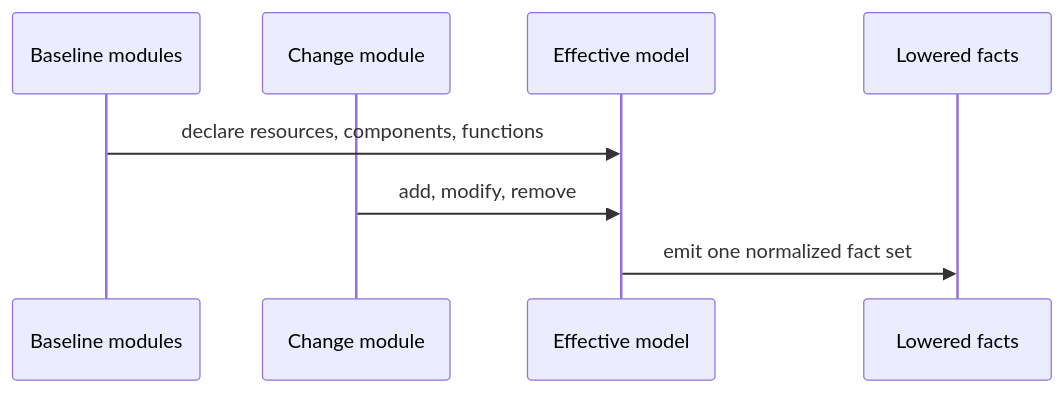
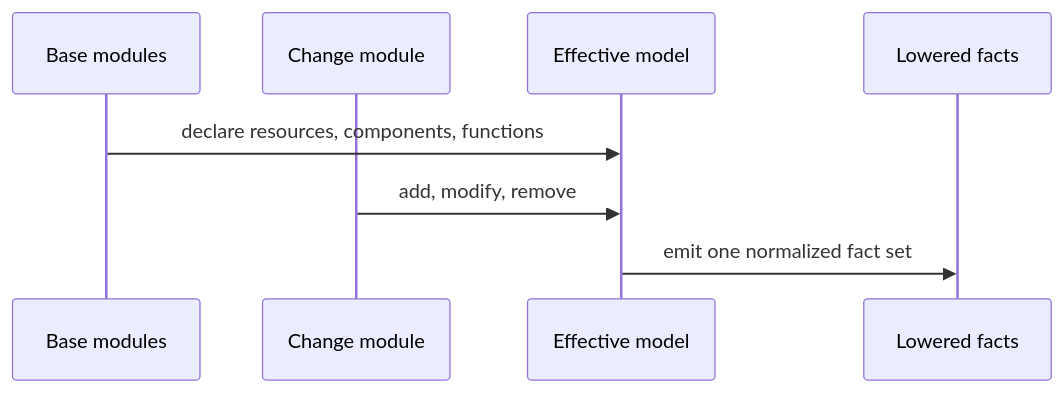
Before and after one commit to timbrinded/shapelang: the second of 3 diagrams in docs-site/src/content/docs/inside-shape/fact-lowering.md, drawn with Mermaid. The commit also changed other lines of this file and 26 other files, not shown here.

````diff
--- a/docs-site/src/content/docs/inside-shape/fact-lowering.md
+++ b/docs-site/src/content/docs/inside-shape/fact-lowering.md
@@ -90,10 +90,10 @@
 ```mermaid
 sequenceDiagram
-  participant Baseline as Baseline modules
+  participant Baseline as Base modules
   participant Change as Change module
   participant Model as Effective model
   participant Facts as Lowered facts
   Baseline->>Model: declare resources, components, functions
   Change->>Model: add, modify, remove
   Model->>Facts: emit one normalized fact set
 ```
````
